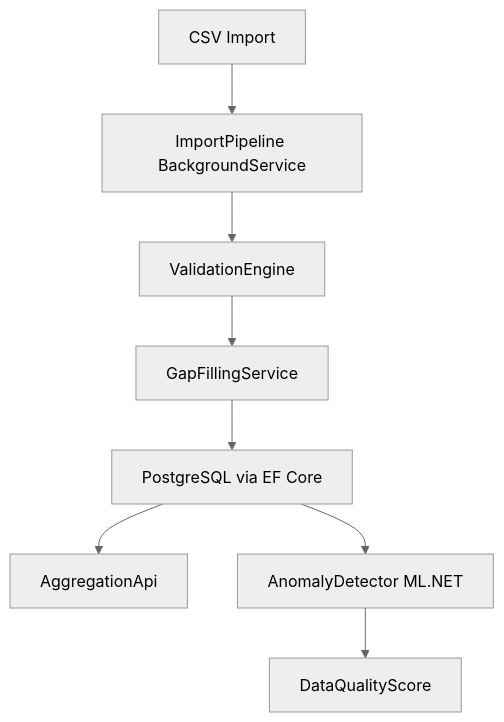
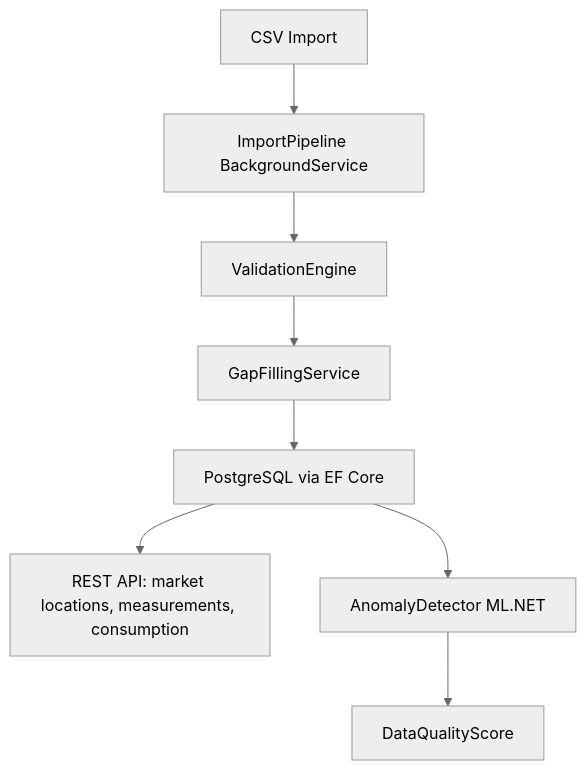
Before and after one commit to hanan-raza/meter-data-service: the first of 3 diagrams in README.md, drawn with Mermaid (neutral theme). The commit also changed other lines of this file and 15 other files, not shown here.

Commit message:
feat: add consumption endpoint and OpenAPI docs with Scalar and .http file

````diff
--- a/README.md
+++ b/README.md
@@ -40,10 +40,10 @@
 ```mermaid
 graph TD
     A[CSV Import] --> B[ImportPipeline BackgroundService]
     B --> C[ValidationEngine]
     C --> D[GapFillingService]
     D --> E[PostgreSQL via EF Core]
-    E --> F[AggregationApi]
+    E --> F[REST API: market locations, measurements, consumption]
     E --> G[AnomalyDetector ML.NET]
     G --> H[DataQualityScore]
 ```
````
